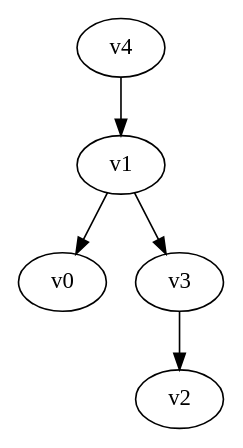
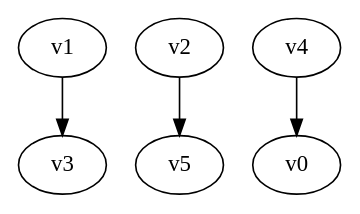
One commit to yadej/graph_project changed the diagram in digraph.dot. Above: the diagram before and after it, drawn with Graphviz. The commit also changed 5 other files, not shown here.

```diff
--- a/digraph.dot
+++ b/digraph.dot
@@ -1,5 +1,5 @@
 digraph G { 
-v1 -> v0;
-v1 -> v3 -> v2;
-v4 -> v1;
+v1 -> v3;
+v2 -> v5;
+v4 -> v0;
 }
```
